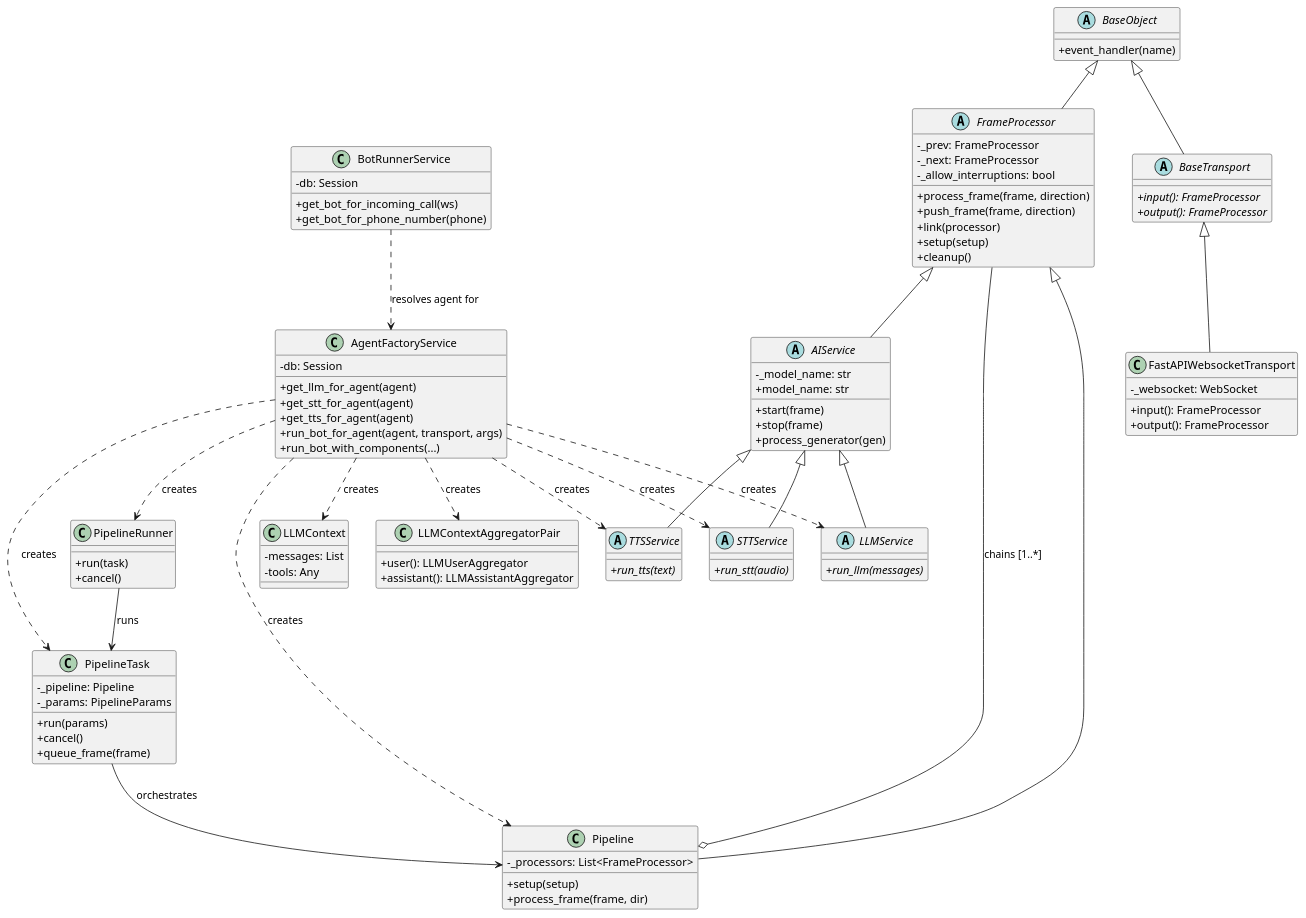
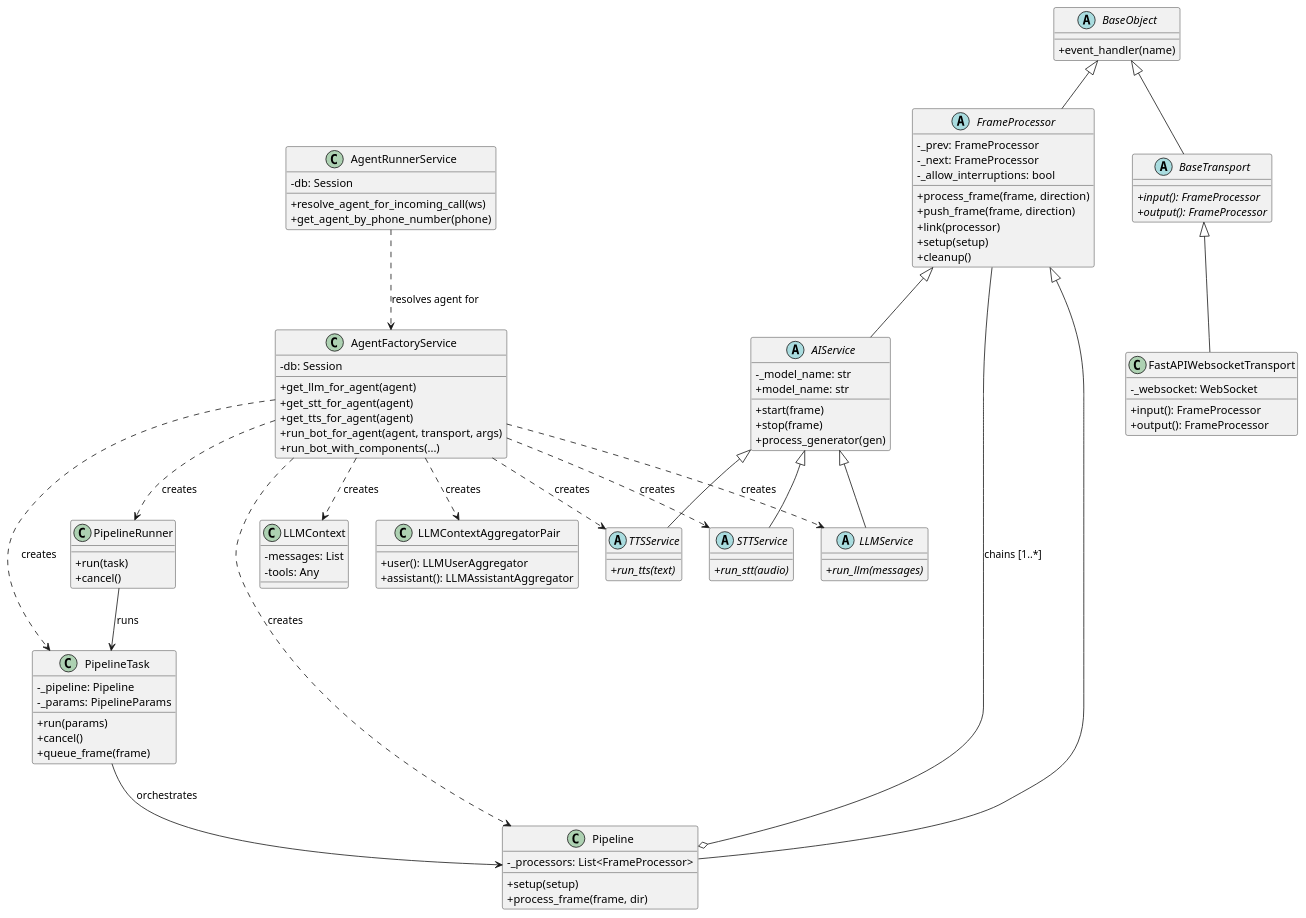
Before and after one commit to tonehq/tone: the fifth of 5 diagrams in docs/PIPELINE_ARCHITECTURE.md, drawn with PlantUML. The commit also changed other lines of this file and 28 other files, not shown here.

First line of the commit message:
Split monolithic AgentFactoryService into layered pipeline package

```diff
--- a/docs/PIPELINE_ARCHITECTURE.md
+++ b/docs/PIPELINE_ARCHITECTURE.md
@@ -817,10 +817,10 @@
     +run_bot_with_components(...)
 }
 
-class BotRunnerService {
+class AgentRunnerService {
     -db: Session
-    +get_bot_for_incoming_call(ws)
-    +get_bot_for_phone_number(phone)
+    +resolve_agent_for_incoming_call(ws)
+    +get_agent_by_phone_number(phone)
 }
 
 class LLMContext {
@@ -851,7 +851,7 @@
 AgentFactoryService ..> LLMContext : creates
 AgentFactoryService ..> LLMContextAggregatorPair : creates
 
-BotRunnerService ..> AgentFactoryService : resolves agent for
+AgentRunnerService ..> AgentFactoryService : resolves agent for
 
 PipelineRunner --> PipelineTask : runs
 PipelineTask --> Pipeline : orchestrates
```
